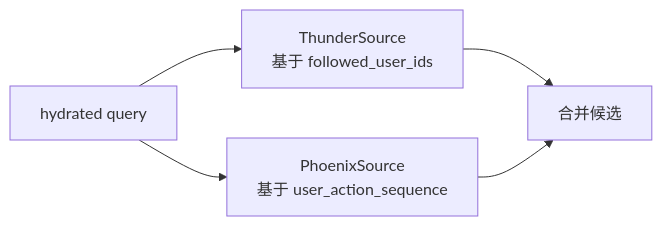
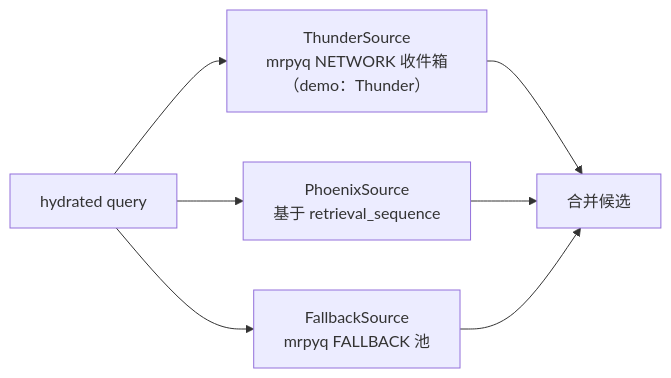
The first of 4 diagrams in docs/home-mixer/04-retrieval-filter-ranking.md (freefcw/x-algorithm), drawn with Mermaid before and after one commit. The commit also changed other lines of this file and 21 other files, not shown here.

````diff
--- a/docs/home-mixer/04-retrieval-filter-ranking.md
+++ b/docs/home-mixer/04-retrieval-filter-ranking.md
@@ -14,7 +15,9 @@
 ```mermaid
 flowchart LR
-    Q["hydrated query"] --> T["ThunderSource<br/>基于 followed_user_ids"]
-    Q --> P["PhoenixSource<br/>基于 user_action_sequence"]
+    Q["hydrated query"] --> T["ThunderSource<br/>mrpyq NETWORK 收件箱（demo：Thunder）"]
+    Q --> P["PhoenixSource<br/>基于 retrieval_sequence"]
+    Q --> FB["FallbackSource<br/>mrpyq FALLBACK 池"]
     T --> M["合并候选"]
     P --> M
+    FB --> M
 ```
````
